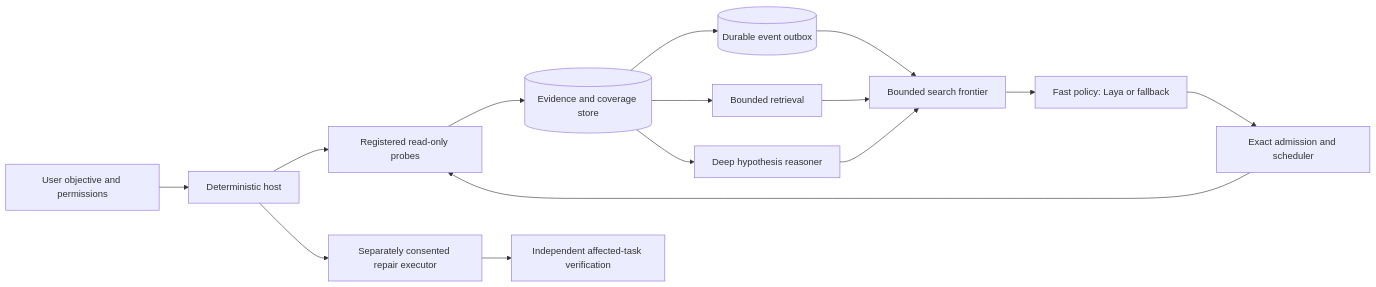
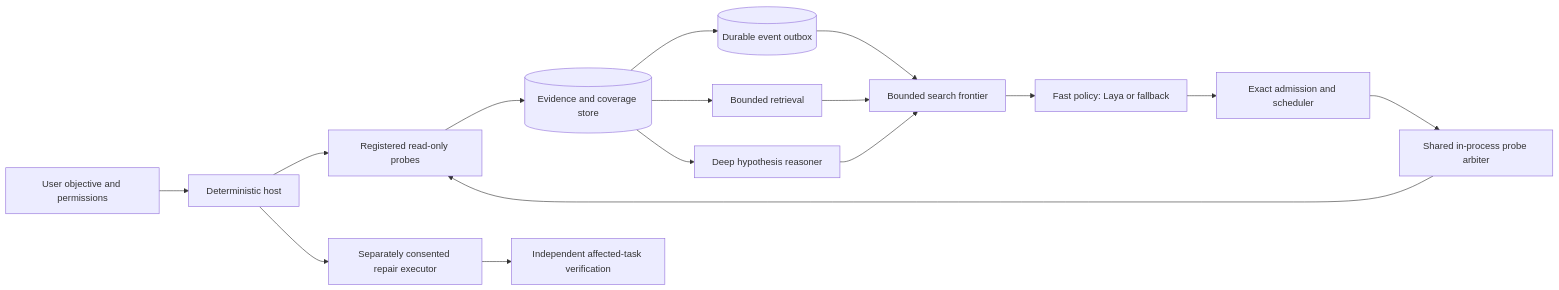
The diagram in docs/architecture/adaptive-search.md (BeeJay805/SystemSense), drawn with Mermaid before and after one commit. The commit also changed other lines of this file and 4 other files, not shown here.

````diff
--- a/docs/architecture/adaptive-search.md
+++ b/docs/architecture/adaptive-search.md
@@ -9,17 +9,18 @@
 ```mermaid
 flowchart LR
     G[User objective and permissions] --> H[Deterministic host]
     H --> P[Registered read-only probes]
     P --> E[(Evidence and coverage store)]
     E --> O[(Durable event outbox)]
     O --> F[Bounded search frontier]
     F --> L[Fast policy: Laya or fallback]
     L --> A[Exact admission and scheduler]
-    A --> P
+    A --> W[Shared in-process probe arbiter]
+    W --> P
     E --> R[Bounded retrieval]
     R --> F
     E --> D[Deep hypothesis reasoner]
     D --> F
     H --> X[Separately consented repair executor]
     X --> V[Independent affected-task verification]
 ```
````
